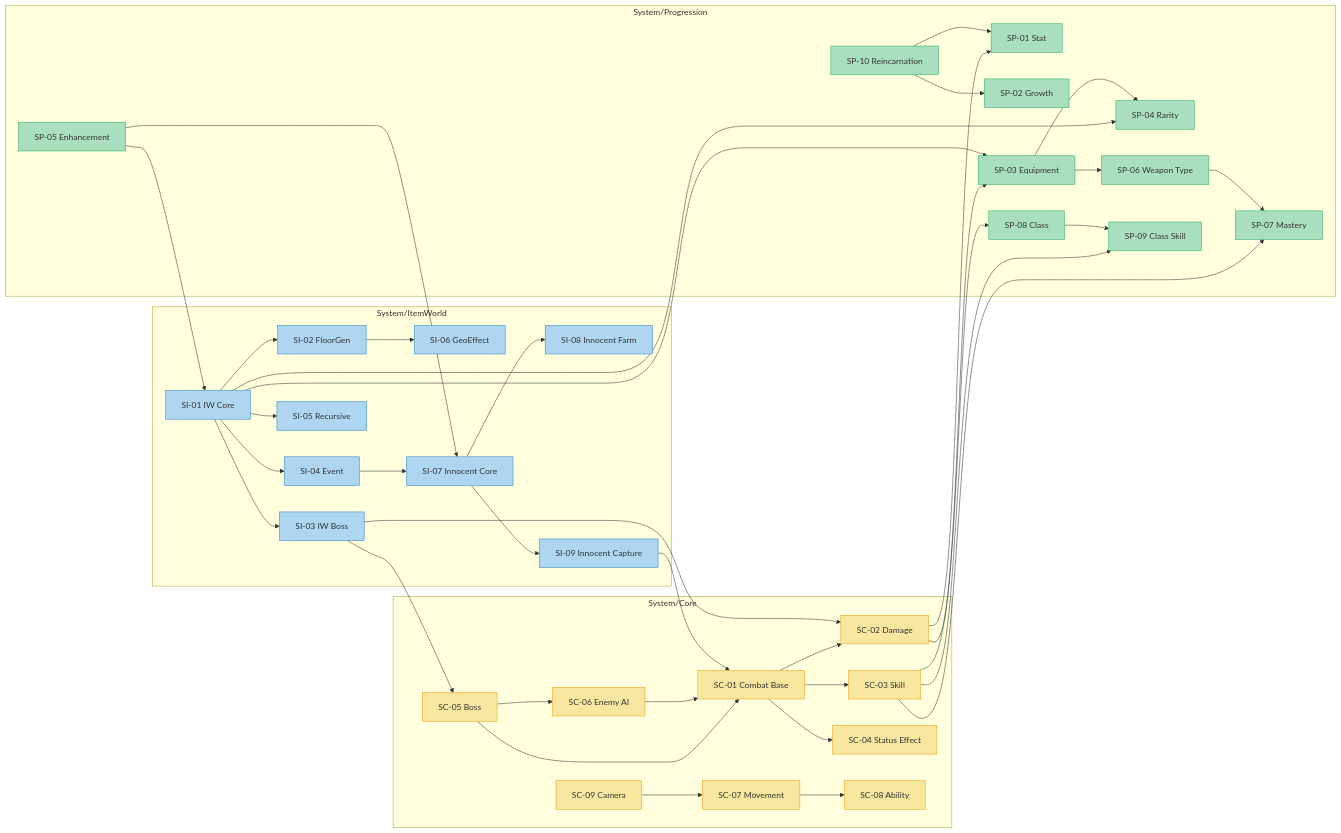
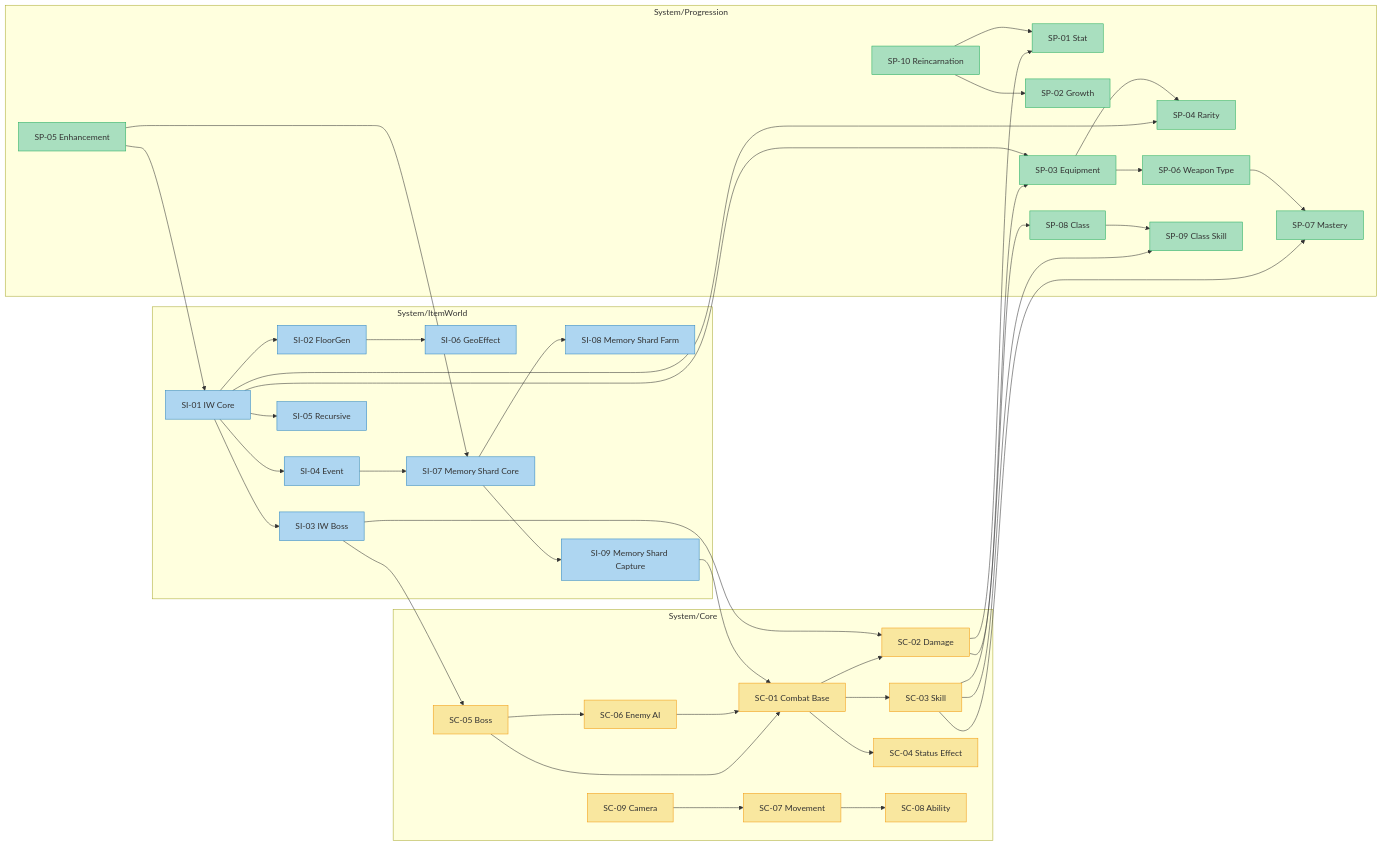
Before and after one commit to Biskraft/ProjectAbyss: the second of 9 diagrams in Reference/Document_Dependency_Map.md, drawn with Mermaid. The commit also changed other lines of this file and 197 other files, not shown here.

First line of the commit message:
feat: DEC-036 Memory Shard 통합 + DEC-037 Ant Colony 토폴로지 + UX 폴리시

````diff
--- a/Reference/Document_Dependency_Map.md
+++ b/Reference/Document_Dependency_Map.md
@@ -71,68 +71,68 @@
 ```mermaid
 flowchart LR
     classDef core fill:#f9e79f,stroke:#f39c12
     classDef iw fill:#aed6f1,stroke:#2e86c1
     classDef prog fill:#a9dfbf,stroke:#27ae60
     classDef world fill:#f5cba7,stroke:#e67e22
     classDef multi fill:#d2b4de,stroke:#8e44ad
     classDef econ fill:#f5b7b1,stroke:#e74c3c
 
     subgraph Core [System/Core]
         SC01[SC-01 Combat Base]:::core
         SC02[SC-02 Damage]:::core
         SC03[SC-03 Skill]:::core
         SC04[SC-04 Status Effect]:::core
         SC05[SC-05 Boss]:::core
         SC06[SC-06 Enemy AI]:::core
         SC07[SC-07 Movement]:::core
         SC08[SC-08 Ability]:::core
         SC09[SC-09 Camera]:::core
     end
 
     subgraph ItemWorld [System/ItemWorld]
         SI01[SI-01 IW Core]:::iw
         SI02[SI-02 FloorGen]:::iw
         SI03[SI-03 IW Boss]:::iw
         SI04[SI-04 Event]:::iw
         SI05[SI-05 Recursive]:::iw
         SI06[SI-06 GeoEffect]:::iw
-        SI07[SI-07 Innocent Core]:::iw
-        SI08[SI-08 Innocent Farm]:::iw
-        SI09[SI-09 Innocent Capture]:::iw
+        SI07[SI-07 Memory Shard Core]:::iw
+        SI08[SI-08 Memory Shard Farm]:::iw
+        SI09[SI-09 Memory Shard Capture]:::iw
     end
 
     subgraph Progression [System/Progression]
         SP01[SP-01 Stat]:::prog
         SP02[SP-02 Growth]:::prog
         SP03[SP-03 Equipment]:::prog
         SP04[SP-04 Rarity]:::prog
         SP05[SP-05 Enhancement]:::prog
         SP06[SP-06 Weapon Type]:::prog
         SP07[SP-07 Mastery]:::prog
         SP08[SP-08 Class]:::prog
         SP09[SP-09 Class Skill]:::prog
         SP10[SP-10 Reincarnation]:::prog
     end
 
     SC01 --> SC02 & SC03 & SC04
     SC02 --> SP01 & SP03
     SC03 --> SP08 & SP09 & SP07
     SC05 --> SC01 & SC06
     SC06 --> SC01
     SC07 --> SC08
     SC09 --> SC07
 
     SI01 --> SI02 & SI03 & SI04 & SI05
     SI01 --> SP03 & SP04
     SI02 --> SI06
     SI03 --> SC05 & SC02
     SI04 --> SI07
     SI07 --> SI08 & SI09
     SI09 --> SC01
 
     SP03 --> SP04 & SP06
     SP05 --> SI01 & SI07
     SP06 --> SP07
     SP08 --> SP09
     SP10 --> SP01 & SP02
 ```
````
